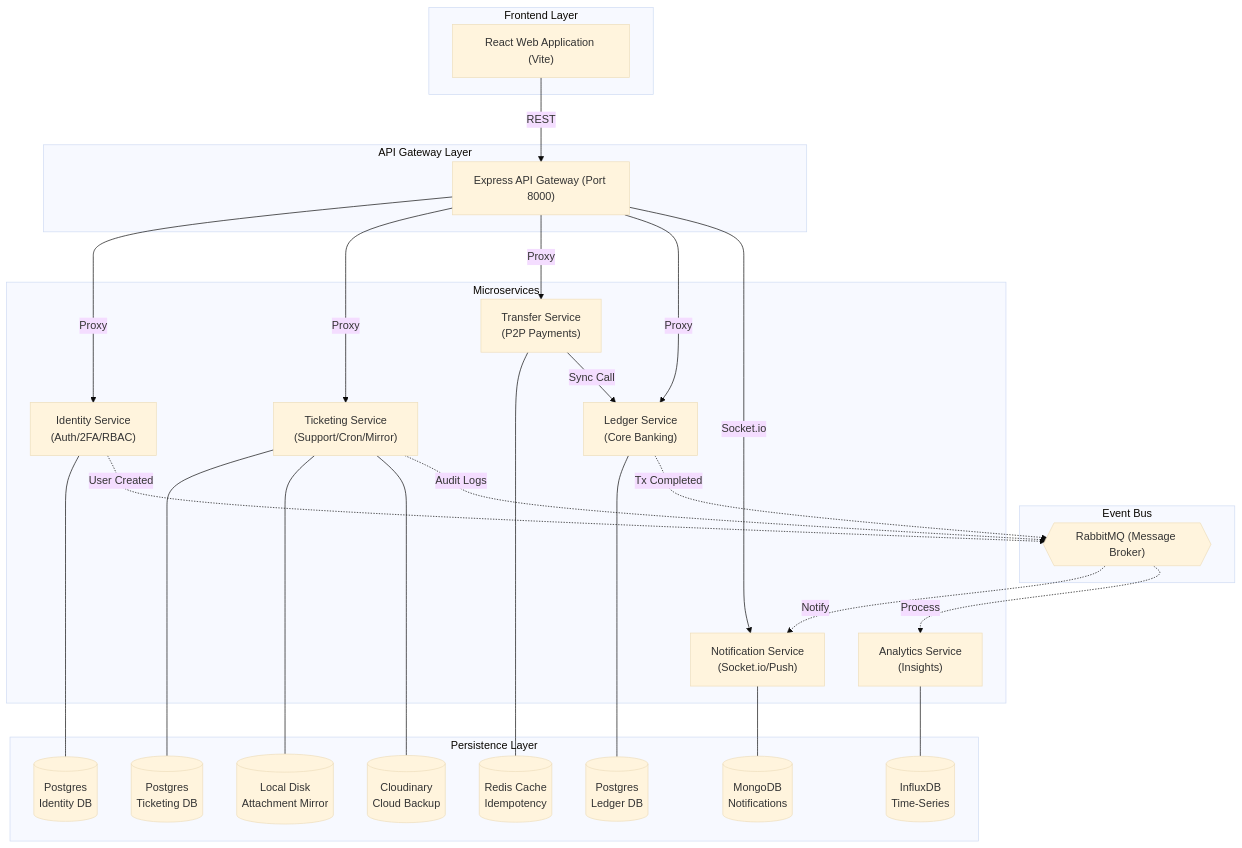
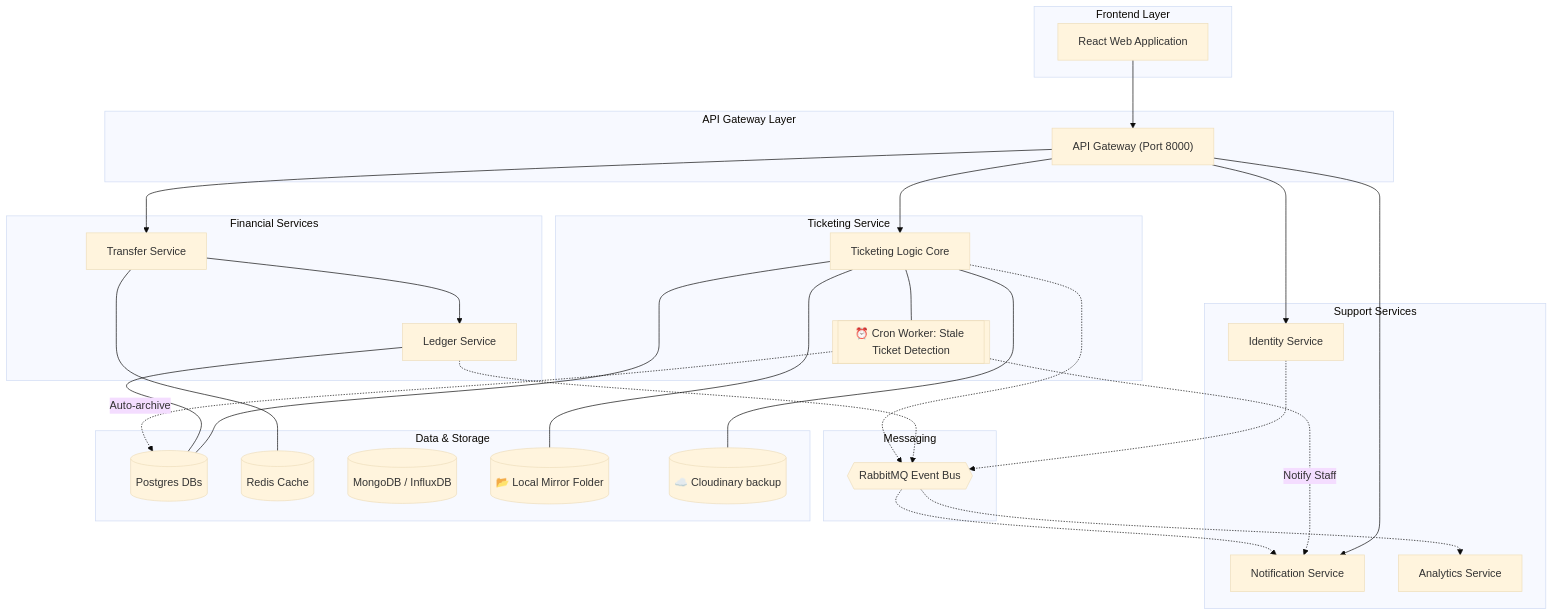
The diagram in Architecture_Diagram.md (mky120799/microservice-with-gemini), drawn with Mermaid (base theme) before and after one commit.

Commit message:
docs: simplify and restructure architecture diagram components and service relationships

````diff
--- a/Architecture_Diagram.md
+++ b/Architecture_Diagram.md
@@ -5,66 +5,66 @@
 ```mermaid
 graph TD
     subgraph "Frontend Layer"
-        UI["React Web Application (Vite)"]
+        UI["React Web Application"]
     end
 
     subgraph "API Gateway Layer"
-        GW["Express API Gateway (Port 8000)"]
+        GW["API Gateway (Port 8000)"]
     end
 
-    subgraph "Event Bus"
-        RMQ{{"RabbitMQ (Message Broker)"}}
+    subgraph "Messaging"
+        RMQ{{"RabbitMQ Event Bus"}}
     end
 
-    subgraph "Microservices"
-        ID["Identity Service<br/>(Auth/2FA/RBAC)"]
-        TC["Ticketing Service<br/>(Support/Cron/Mirror)"]
-        LD["Ledger Service<br/>(Core Banking)"]
-        TR["Transfer Service<br/>(P2P Payments)"]
-        NT["Notification Service<br/>(Socket.io/Push)"]
-        AN["Analytics Service<br/>(Insights)"]
+    subgraph "Ticketing Service"
+        TC["Ticketing Logic Core"]
+        CRON[["⏰ Cron Worker: Stale Ticket Detection"]]
+        TC --- CRON
     end
 
-    subgraph "Persistence Layer"
-        DB_ID[("Postgres<br/>Identity DB")]
-        DB_TC[("Postgres<br/>Ticketing DB")]
-        DB_LD[("Postgres<br/>Ledger DB")]
-        REDIS[("Redis Cache<br/>Idempotency")]
-        DB_NT[("MongoDB<br/>Notifications")]
-        DB_AN[("InfluxDB<br/>Time-Series")]
-        LOCAL[("Local Disk<br/>Attachment Mirror")]
-        CLOUD[("Cloudinary<br/>Cloud Backup")]
+    subgraph "Financial Services"
+        LD["Ledger Service"]
+        TR["Transfer Service"]
+    end
+
+    subgraph "Support Services"
+        ID["Identity Service"]
+        NT["Notification Service"]
+        AN["Analytics Service"]
+    end
+
+    subgraph "Data & Storage"
+        DB_PG[("Postgres DBs")]
+        REDIS[("Redis Cache")]
+        DB_NOSQL[("MongoDB / InfluxDB")]
+        MIRROR[("📂 Local Mirror Folder")]
+        CLOUD[("☁️ Cloudinary backup")]
     end
 
     %% Routing
-    UI -->|REST| GW
-    GW -->|Proxy| ID
-    GW -->|Proxy| TC
-    GW -->|Proxy| TR
-    GW -->|Proxy| LD
-    GW -->|Socket.io| NT
+    UI --> GW
+    GW --> ID
+    GW --> TC
+    GW --> TR
+    GW --> NT
 
-    %% ID Logic
-    ID --- DB_ID
+    %% Connections
+    TC --- DB_PG
+    TC --- MIRROR
+    TC --- CLOUD
+    
+    TR --- REDIS
+    TR --> LD
+    LD --- DB_PG
 
-    %% TC Logic
-    TC --- DB_TC
-    TC --- LOCAL
-    TC --- CLOUD
+    %% Automation flow
+    CRON -.->|Auto-archive| DB_PG
+    CRON -.->|Notify Staff| NT
 
-    %% Financial Logic
-    TR --- REDIS
-    TR -->|Sync Call| LD
-    LD --- DB_LD
-
-    %% Data Processing
-    NT --- DB_NT
-    AN --- DB_AN
-
-    %% Event Bus Connections
-    ID -.->|User Created| RMQ
-    LD -.->|Tx Completed| RMQ
-    TC -.->|Audit Logs| RMQ
-    RMQ -.->|Notify| NT
-    RMQ -.->|Process| AN
+    %% Event Bus
+    ID -.-> RMQ
+    LD -.-> RMQ
+    TC -.-> RMQ
+    RMQ -.-> NT
+    RMQ -.-> AN
 ```
````
